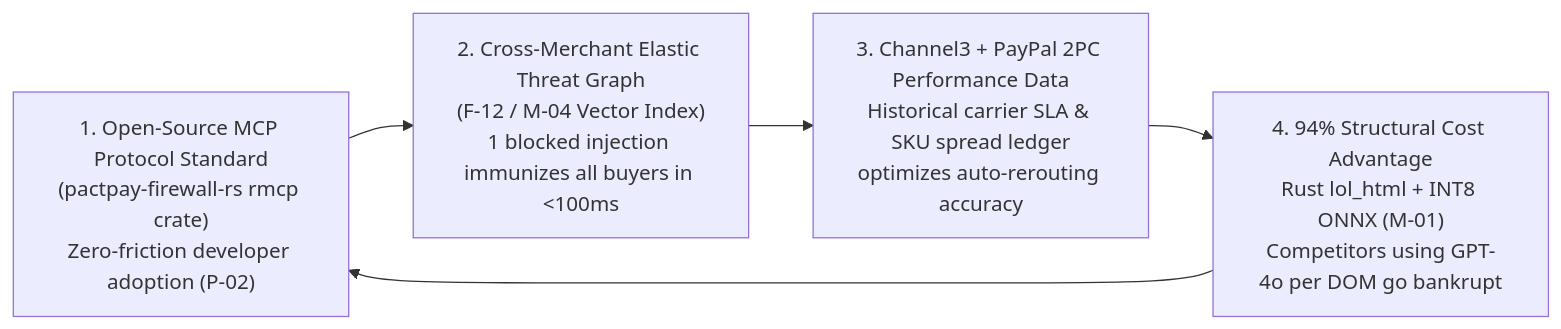
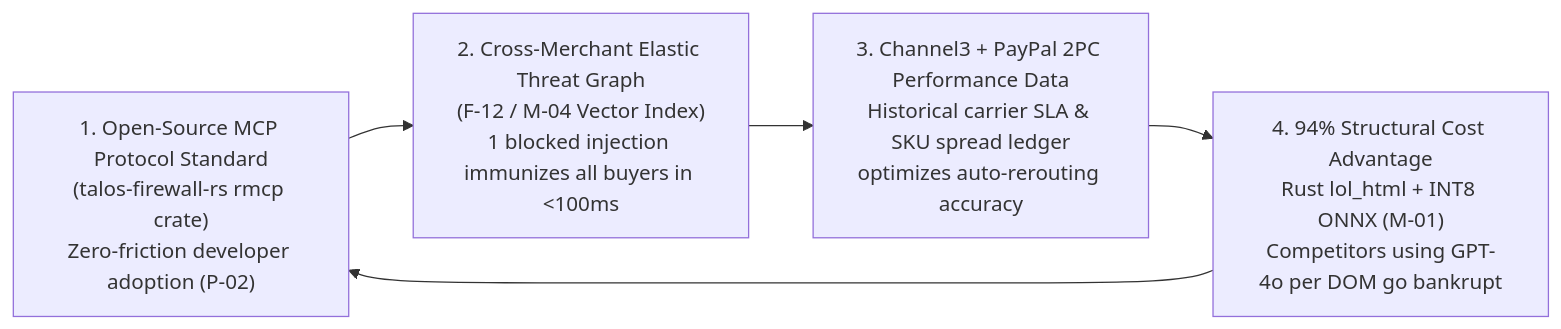
The diagram in docs/07-business/BUSINESS_MODEL.md (sruj08/Talos), drawn with Mermaid before and after one commit. The commit also changed other lines of this file and 457 other files, not shown here.

Commit message:
feat: initialize polyglot project architecture with comprehensive documentation, Go orchestrator, and Rust firewall services

````diff
--- a/docs/07-business/BUSINESS_MODEL.md
+++ b/docs/07-business/BUSINESS_MODEL.md
@@ -52,9 +52,9 @@
 ```mermaid
 flowchart LR
-    M1["1. Open-Source MCP Protocol Standard\n(pactpay-firewall-rs rmcp crate)\nZero-friction developer adoption (P-02)"]
+    M1["1. Open-Source MCP Protocol Standard\n(talos-firewall-rs rmcp crate)\nZero-friction developer adoption (P-02)"]
     M2["2. Cross-Merchant Elastic Threat Graph\n(F-12 / M-04 Vector Index)\n1 blocked injection immunizes all buyers in <100ms"]
     M3["3. Channel3 + PayPal 2PC Performance Data\nHistorical carrier SLA & SKU spread ledger\noptimizes auto-rerouting accuracy"]
     M4["4. 94% Structural Cost Advantage\nRust lol_html + INT8 ONNX (M-01)\nCompetitors using GPT-4o per DOM go bankrupt"]
 
     M1 --> M2 --> M3 --> M4 --> M1
 ```
````
